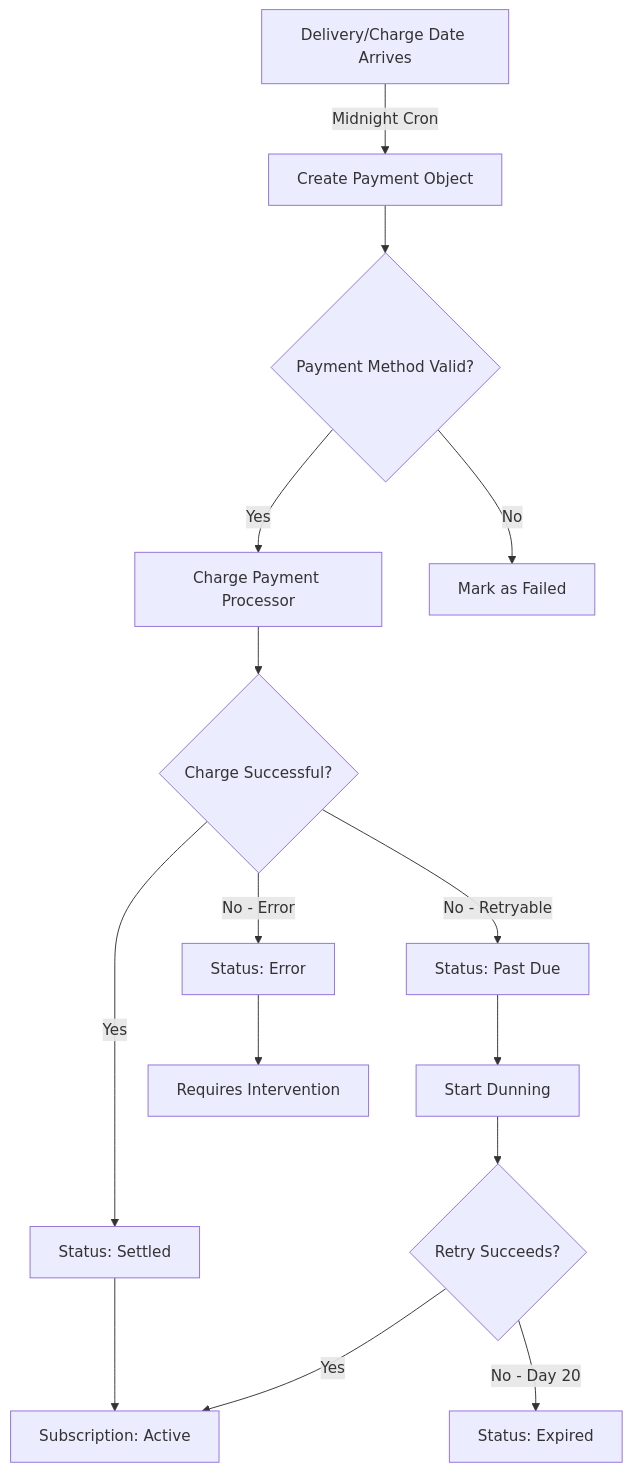
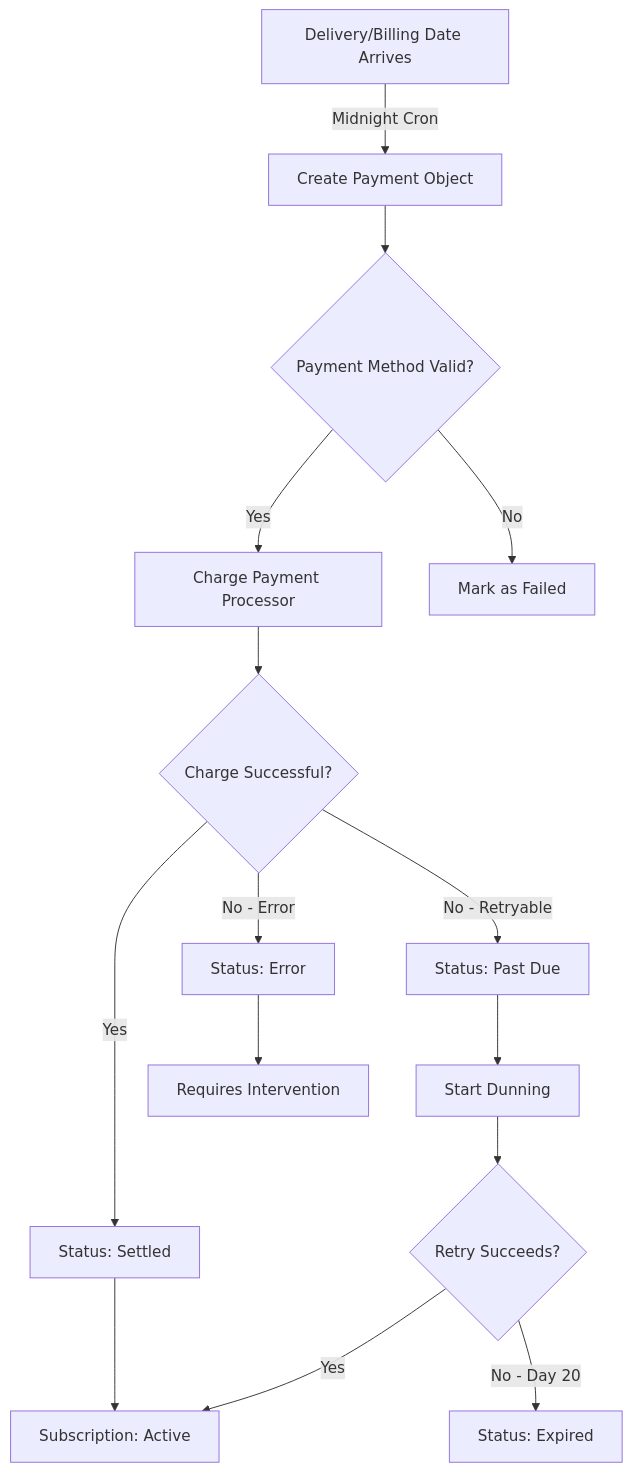
The first of 2 diagrams in payments/recurring-payments.mdx (getjourney-io/docs), drawn with Mermaid before and after one commit. The commit also changed other lines of this file and 7 other files, not shown here.

````diff
--- a/payments/recurring-payments.mdx
+++ b/payments/recurring-payments.mdx
@@ -46,17 +46,17 @@
 ```mermaid
 graph TD
-    A[Delivery/Charge Date Arrives] -->|Midnight Cron| B[Create Payment Object]
+    A[Delivery/Billing Date Arrives] -->|Midnight Cron| B[Create Payment Object]
     B --> C{Payment Method Valid?}
     C -->|Yes| D[Charge Payment Processor]
     C -->|No| E[Mark as Failed]
     D --> F{Charge Successful?}
     F -->|Yes| G[Status: Settled]
     F -->|No - Retryable| H[Status: Past Due]
     F -->|No - Error| I[Status: Error]
     G --> J[Subscription: Active]
     H --> K[Start Dunning]
     I --> L[Requires Intervention]
     K --> M{Retry Succeeds?}
     M -->|Yes| J
     M -->|No - Day 20| N[Status: Expired]
 ```
````
